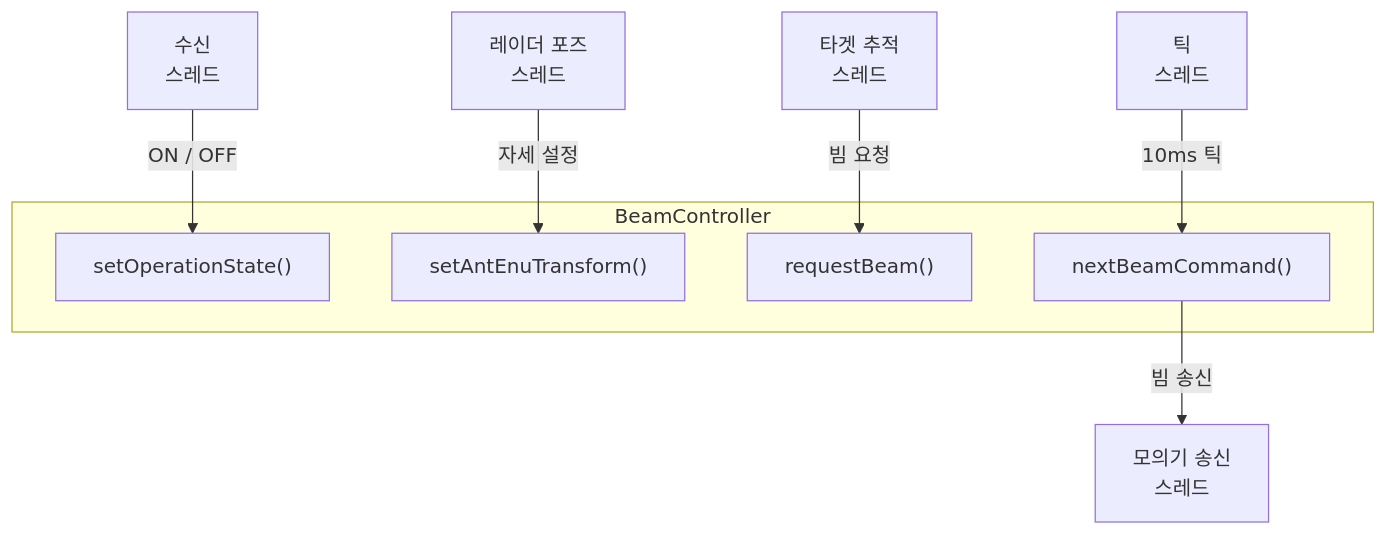
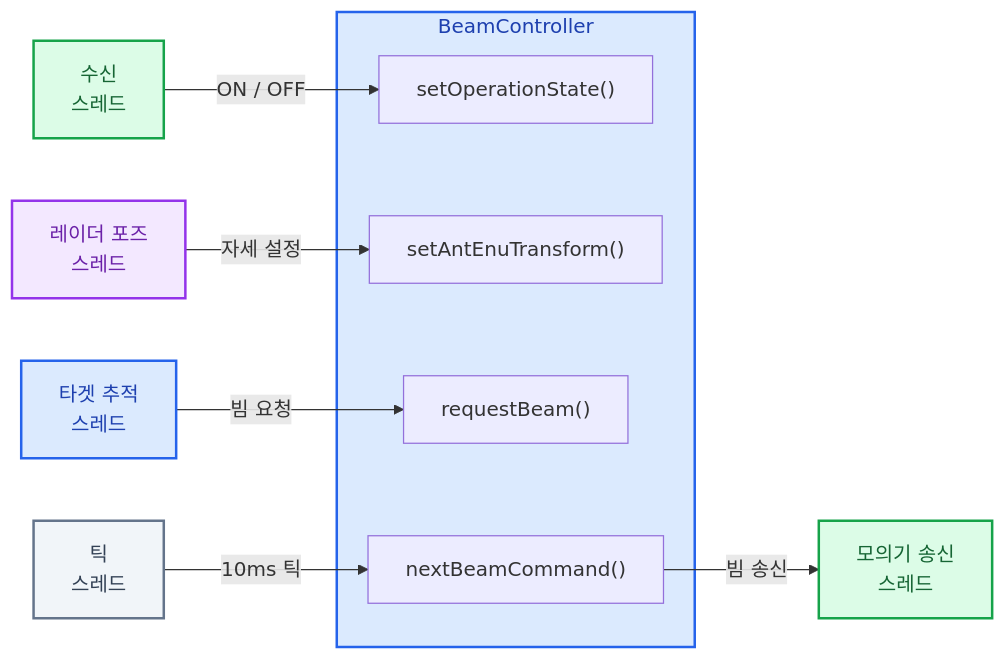
Before and after one commit to AESAlien/aesa-processor: the first of 2 diagrams in src/beam/README.md, drawn with Mermaid. The commit also changed other lines of this file and 6 other files, not shown here.

First line of the commit message:
docs: README의 시스템 구조와 모듈별 다이어그램 정비

````diff
--- a/src/beam/README.md
+++ b/src/beam/README.md
@@ -5,21 +5,32 @@
 ```mermaid
-flowchart TB
+flowchart LR
     CommReceiveWorker[수신<br/>스레드]
     PoseWorker[레이더 포즈<br/>스레드]
     TargetWorker[타겟 추적<br/>스레드]
     TickWorker[틱<br/>스레드]
     SimulatorSendWorker[모의기 송신<br/>스레드]
 
     subgraph BeamController
         setOperationState["setOperationState()"]
         setAntEnuTransform["setAntEnuTransform()"]
         requestBeam["requestBeam()"]
         nextBeamCommand["nextBeamCommand()"]
     end
 
     CommReceiveWorker -->|ON / OFF| setOperationState
     PoseWorker -->|자세 설정| setAntEnuTransform
     TargetWorker -->|빔 요청| requestBeam
     TickWorker -->|10ms 틱| nextBeamCommand
     nextBeamCommand -->|빔 송신| SimulatorSendWorker
+
+    classDef communication fill:#DCFCE7,stroke:#16A34A,color:#166534,stroke-width:2px
+    classDef processing fill:#DBEAFE,stroke:#2563EB,color:#1E40AF,stroke-width:2px
+    classDef utility fill:#F3E8FF,stroke:#9333EA,color:#6B21A8,stroke-width:2px
+    classDef control fill:#F1F5F9,stroke:#64748B,color:#334155,stroke-width:2px
+
+    class CommReceiveWorker,SimulatorSendWorker communication
+    class TargetWorker processing
+    class PoseWorker utility
+    class TickWorker control
+    style BeamController fill:#DBEAFE,stroke:#2563EB,color:#1E40AF,stroke-width:2px
 ```
````
